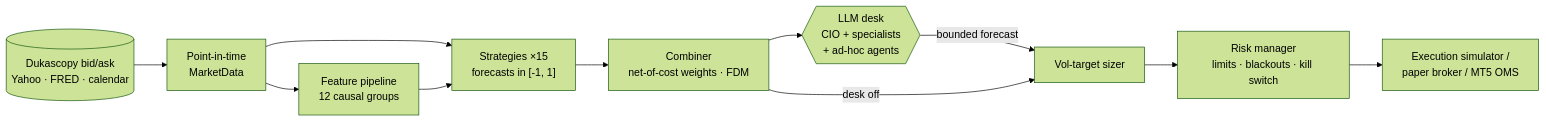
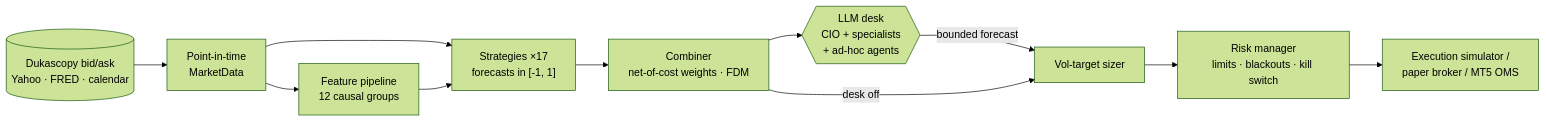
The diagram in README.md (zero-was-here/tradingbot), drawn with Mermaid (forest theme) before and after one commit. The commit also changed other lines of this file and 302 other files, not shown here.

First line of the commit message:
Docs v2.1: math, diagrams and real-data figures for every algorithm

````diff
--- a/README.md
+++ b/README.md
@@ -65,13 +97,13 @@
 ```mermaid
 flowchart LR
   D[("Dukascopy bid/ask<br/>Yahoo · FRED · calendar")] --> PIT["Point-in-time<br/>MarketData"]
   PIT --> F["Feature pipeline<br/>12 causal groups"]
-  PIT --> S["Strategies ×15<br/>forecasts in [-1, 1]"]
+  PIT --> S["Strategies ×17<br/>forecasts in [-1, 1]"]
   F --> S
   S --> C["Combiner<br/>net-of-cost weights · FDM"]
   C --> DESK{{"LLM desk<br/>CIO + specialists<br/>+ ad-hoc agents"}}
   DESK -->|bounded forecast| Z["Vol-target sizer"]
   C -->|desk off| Z
   Z --> R["Risk manager<br/>limits · blackouts · kill switch"]
   R --> X["Execution simulator /<br/>paper broker / MT5 OMS"]
 ```
````
